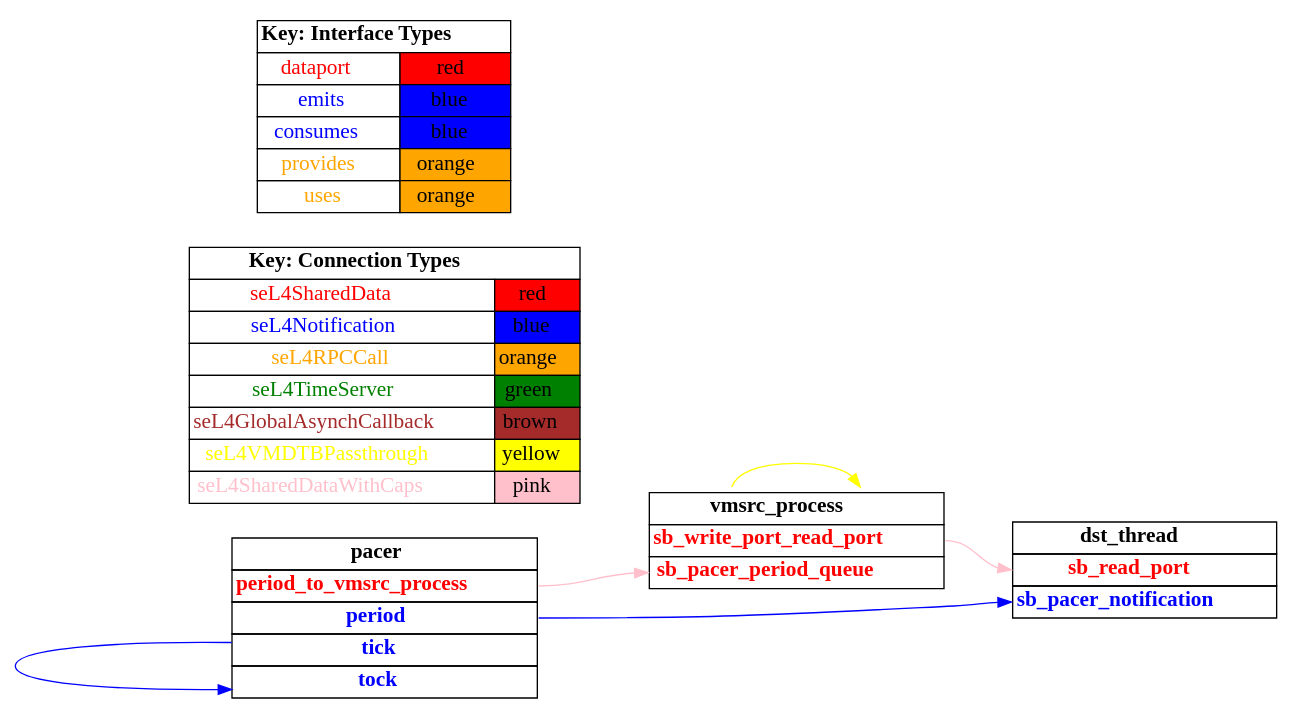
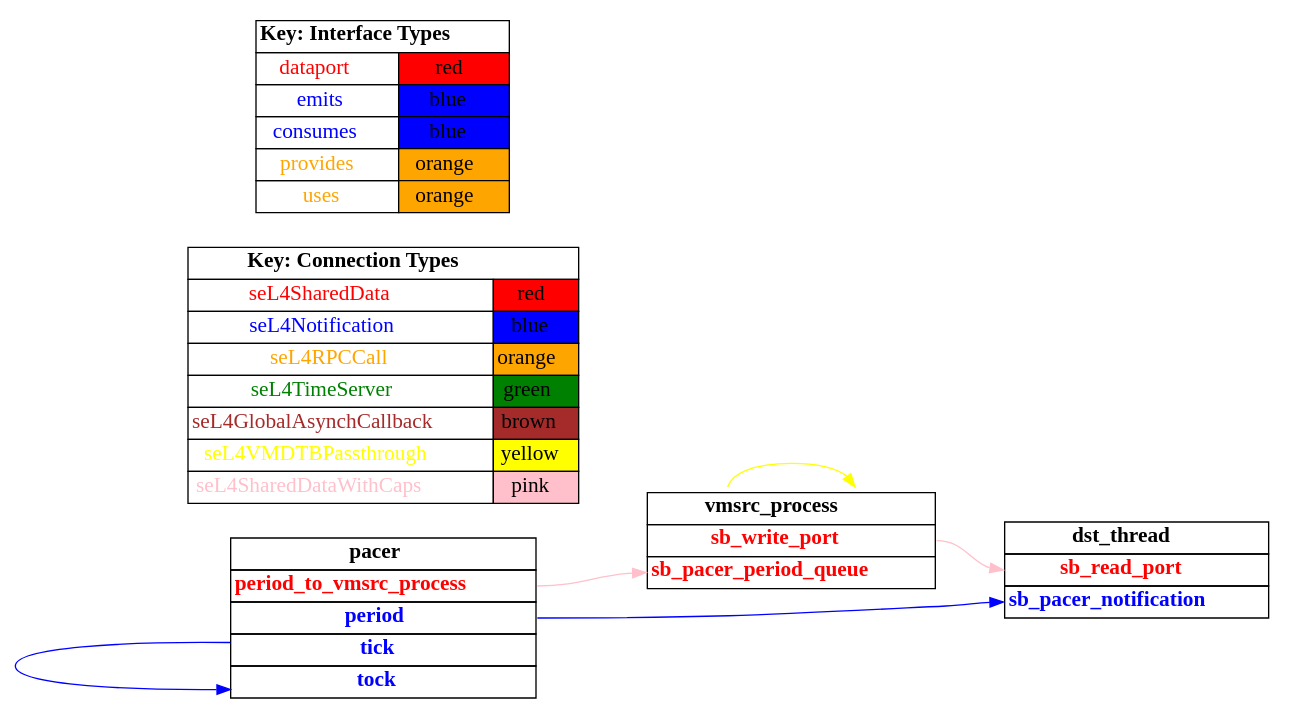
The diagram in TA5/tool-evaluation-4/HAMR/examples/test_data_port_periodic_domains_VM/sender_vm/CAmkES_seL4/src/c/CAmkES_seL4/graph_simple.dot (loonwerks/CASE), drawn with Graphviz before and after one commit. The commit also changed 101 other files, not shown here.

```diff
--- a/TA5/tool-evaluation-4/HAMR/examples/test_data_port_periodic_domains_VM/sender_vm/CAmkES_seL4/src/c/CAmkES_seL4/graph_simple.dot
+++ b/TA5/tool-evaluation-4/HAMR/examples/test_data_port_periodic_domains_VM/sender_vm/CAmkES_seL4/src/c/CAmkES_seL4/graph_simple.dot
@@ -1,108 +1,108 @@
 digraph g {
 graph [
   overlap = false,
   rankdir = "LR"
 ];
 node [
   fontsize = "16",
   shape = "ellipse"
 ];
 edge [
 ];
 
 vmsrc_process [
   label=<
     <TABLE BORDER="0" CELLBORDER="1" CELLSPACING="0">
       <TR><TD><B>vmsrc_process</B></TD></TR>
-      <TR><TD PORT="sb_write_port_read_port"><FONT COLOR="red"><B>sb_write_port_read_port</B></FONT></TD></TR>
+      <TR><TD PORT="sb_write_port"><FONT COLOR="red"><B>sb_write_port</B></FONT></TD></TR>
       <TR><TD PORT="sb_pacer_period_queue"><FONT COLOR="red"><B>sb_pacer_period_queue</B></FONT></TD></TR>"
     </TABLE>
   >
   shape=plaintext
 ];
 
 dst_thread [
   label=<
     <TABLE BORDER="0" CELLBORDER="1" CELLSPACING="0">
       <TR><TD><B>dst_thread</B></TD></TR>
       <TR><TD PORT="sb_read_port"><FONT COLOR="red"><B>sb_read_port</B></FONT></TD></TR>
       <TR><TD PORT="sb_pacer_notification"><FONT COLOR="blue"><B>sb_pacer_notification</B></FONT></TD></TR>"
     </TABLE>
   >
   shape=plaintext
 ];
 
 pacer [
   label=<
     <TABLE BORDER="0" CELLBORDER="1" CELLSPACING="0">
       <TR><TD><B>pacer</B></TD></TR>
       <TR><TD PORT="period_to_vmsrc_process"><FONT COLOR="red"><B>period_to_vmsrc_process</B></FONT></TD></TR>
       <TR><TD PORT="period"><FONT COLOR="blue"><B>period</B></FONT></TD></TR>
       <TR><TD PORT="tick"><FONT COLOR="blue"><B>tick</B></FONT></TD></TR>
       <TR><TD PORT="tock"><FONT COLOR="blue"><B>tock</B></FONT></TD></TR>"
     </TABLE>
   >
   shape=plaintext
 ];
 
 connectiontypekey [
   label=<
    <TABLE BORDER="0" CELLBORDER="1" CELLSPACING="0">
      <TR><TD COLSPAN="2"><B>Key: Connection Types</B></TD></TR>
      <TR><TD><FONT COLOR="red">seL4SharedData</FONT></TD><TD BGCOLOR="red">red</TD></TR>
      <TR><TD><FONT COLOR="blue">seL4Notification</FONT></TD><TD BGCOLOR="blue">blue</TD></TR>
      <TR><TD><FONT COLOR="orange">seL4RPCCall</FONT></TD><TD BGCOLOR="orange">orange</TD></TR>
      <TR><TD><FONT COLOR="green">seL4TimeServer</FONT></TD><TD BGCOLOR="green">green</TD></TR>
      <TR><TD><FONT COLOR="brown">seL4GlobalAsynchCallback</FONT></TD><TD BGCOLOR="brown">brown</TD></TR>
      <TR><TD><FONT COLOR="yellow">seL4VMDTBPassthrough</FONT></TD><TD BGCOLOR="yellow">yellow</TD></TR>
      <TR><TD><FONT COLOR="pink">seL4SharedDataWithCaps</FONT></TD><TD BGCOLOR="pink">pink</TD></TR>
    </TABLE>
   >
   shape=plaintext
 ];
 
 interfacetypekey [
   label=<
    <TABLE BORDER="0" CELLBORDER="1" CELLSPACING="0">
      <TR><TD COLSPAN="2"><B>Key: Interface Types</B></TD></TR>
      <TR><TD><FONT COLOR="red">dataport</FONT></TD><TD BGCOLOR="red">red</TD></TR>
      <TR><TD><FONT COLOR="blue">emits</FONT></TD><TD BGCOLOR="blue">blue</TD></TR>
      <TR><TD><FONT COLOR="blue">consumes</FONT></TD><TD BGCOLOR="blue">blue</TD></TR>
      <TR><TD><FONT COLOR="orange">provides</FONT></TD><TD BGCOLOR="orange">orange</TD></TR>
      <TR><TD><FONT COLOR="orange">uses</FONT></TD><TD BGCOLOR="orange">orange</TD></TR>
    </TABLE>
   >
   shape=plaintext
 ];
 
 "vmsrc_process":dtb_self -> "vmsrc_process":dtb [
   color="yellow"
   //label = "seL4VMDTBPassthrough"
   id = conn1
 ];
 
-"vmsrc_process":sb_write_port_read_port -> "dst_thread":sb_read_port [
+"vmsrc_process":sb_write_port -> "dst_thread":sb_read_port [
   color="pink"
   //label = "seL4SharedDataWithCaps"
   id = conn2
 ];
 
 "pacer":tick -> "pacer":tock [
   color="blue"
   //label = "seL4Notification"
   id = conn3
 ];
 
 "pacer":period_to_vmsrc_process -> "vmsrc_process":sb_pacer_period_queue [
   color="pink"
   //label = "seL4SharedDataWithCaps"
   id = conn4
 ];
 
 "pacer":period -> "dst_thread":sb_pacer_notification [
   color="blue"
   //label = "seL4Notification"
   id = conn5
 ];
 
 }
```
